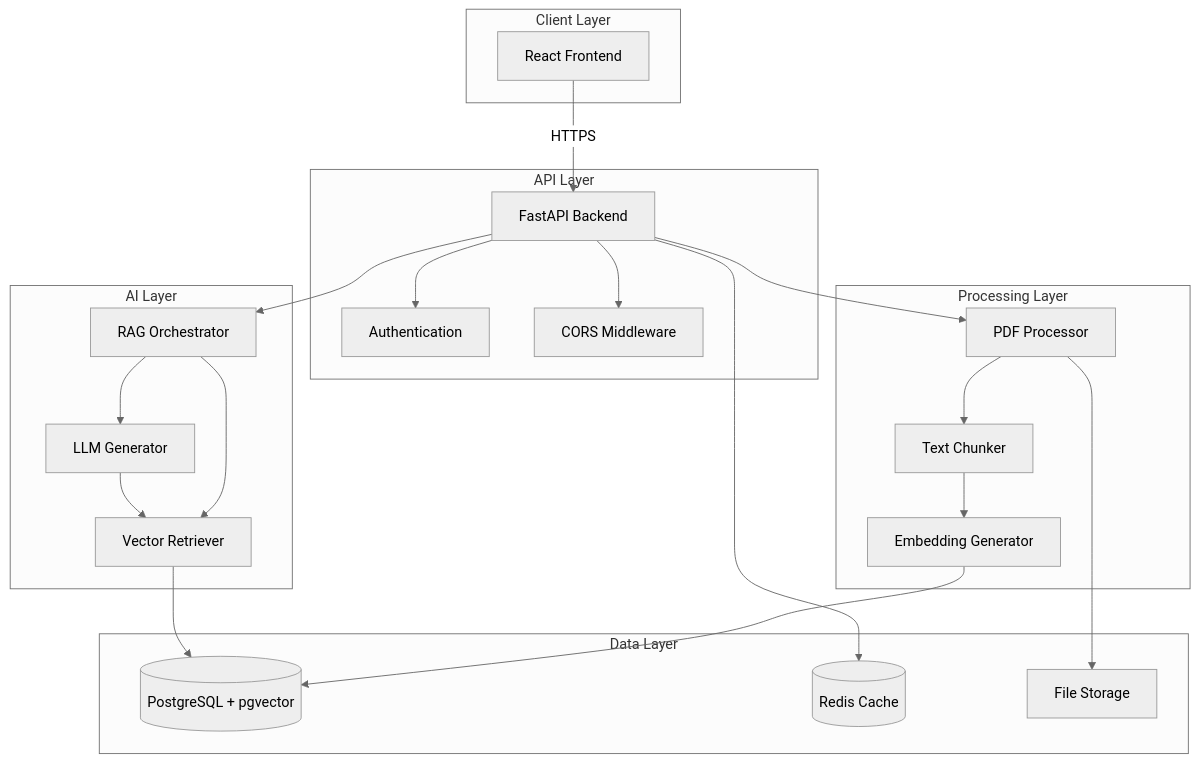
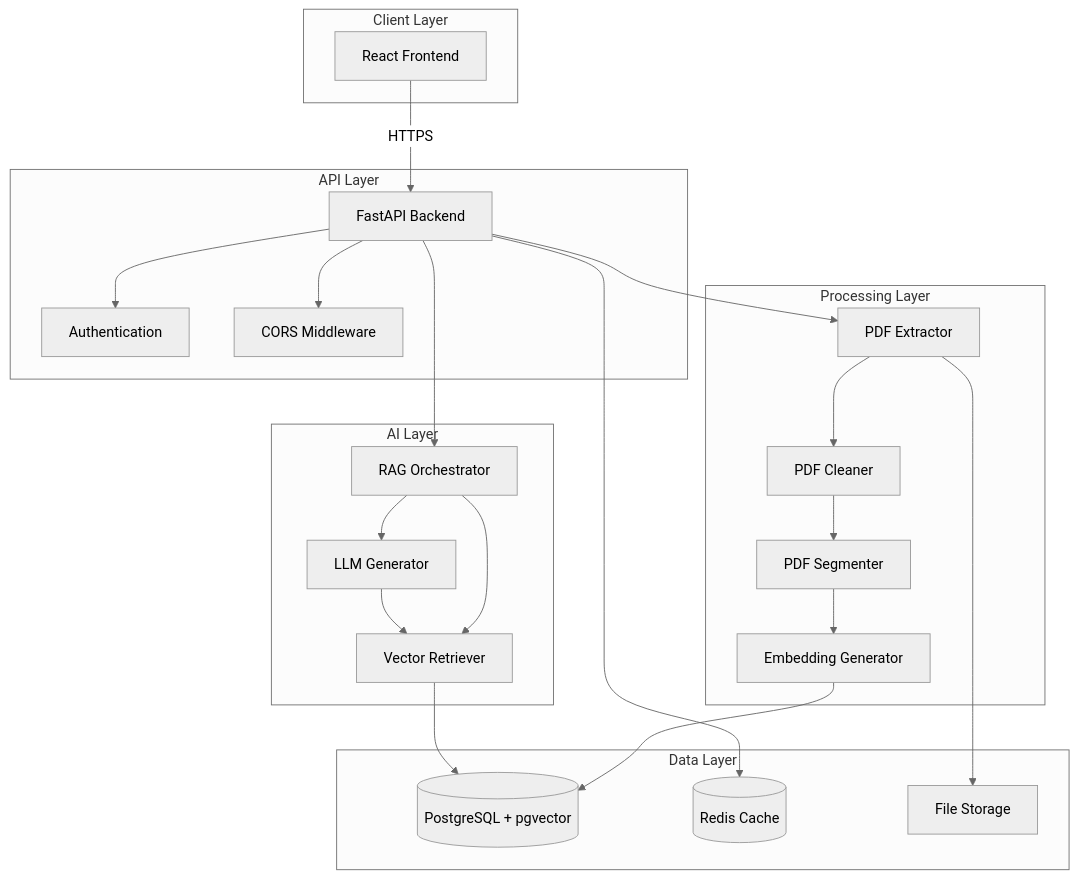
One commit to RottenBanana420/AI-Lecture-Note-Summarizer-v2 changed the first of 2 diagrams in docs/system_architecture.md. Above: the diagram before and after it, drawn with Mermaid (neutral theme). The commit also changed other lines of this file and 23 other files, not shown here.

````diff
--- a/docs/system_architecture.md
+++ b/docs/system_architecture.md
@@ -9,45 +9,47 @@
 ```mermaid
 graph TB
     subgraph "Client Layer"
         UI[React Frontend]
     end
     
     subgraph "API Layer"
         API[FastAPI Backend]
         Auth[Authentication]
         CORS[CORS Middleware]
     end
     
     subgraph "Processing Layer"
-        PDF[PDF Processor]
-        Chunk[Text Chunker]
+        PDF[PDF Extractor]
+        Clean[PDF Cleaner]
+        Segment[PDF Segmenter]
         Embed[Embedding Generator]
     end
-    
+
     subgraph "AI Layer"
         Retriever[Vector Retriever]
         Generator[LLM Generator]
         RAG[RAG Orchestrator]
     end
-    
+
     subgraph "Data Layer"
         PG[(PostgreSQL + pgvector)]
         Redis[(Redis Cache)]
         Storage[File Storage]
     end
-    
+
     UI -->|HTTPS| API
     API --> Auth
     API --> CORS
     API --> PDF
-    PDF --> Chunk
-    Chunk --> Embed
+    PDF --> Clean
+    Clean --> Segment
+    Segment --> Embed
     Embed --> PG
     API --> RAG
     RAG --> Retriever
     RAG --> Generator
     Retriever --> PG
     Generator --> Retriever
     API --> Redis
     PDF --> Storage
 ```
````
